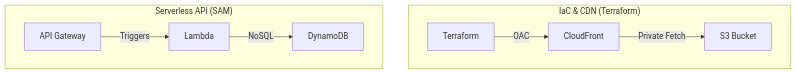
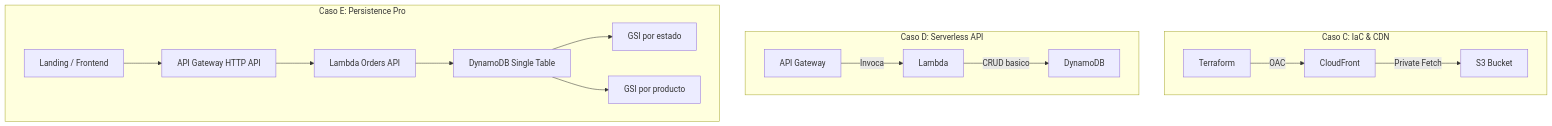
Before and after one commit to vladimiracunadev-create/proyectos-aws: the second of 4 diagrams in docs/ARCHITECTURE.md, drawn with Mermaid. The commit also changed other lines of this file and 5 other files, not shown here.

````diff
--- a/docs/ARCHITECTURE.md
+++ b/docs/ARCHITECTURE.md
@@ -42,12 +43,20 @@
 ```mermaid
 graph TB
-    subgraph "IaC & CDN (Terraform)"
+    subgraph "Caso C: IaC & CDN"
         C1[Terraform] -->|OAC| C2[CloudFront]
         C2 -->|Private Fetch| C3[S3 Bucket]
     end
 
-    subgraph "Serverless API (SAM)"
-        D1[API Gateway] -->|Triggers| D2[Lambda]
-        D2 -->|NoSQL| D3[DynamoDB]
+    subgraph "Caso D: Serverless API"
+        D1[API Gateway] -->|Invoca| D2[Lambda]
+        D2 -->|CRUD basico| D3[DynamoDB]
+    end
+
+    subgraph "Caso E: Persistence Pro"
+        E1[Landing / Frontend] --> E2[API Gateway HTTP API]
+        E2 --> E3[Lambda Orders API]
+        E3 --> E4[DynamoDB Single Table]
+        E4 --> E5[GSI por estado]
+        E4 --> E6[GSI por producto]
     end
 ```
````
